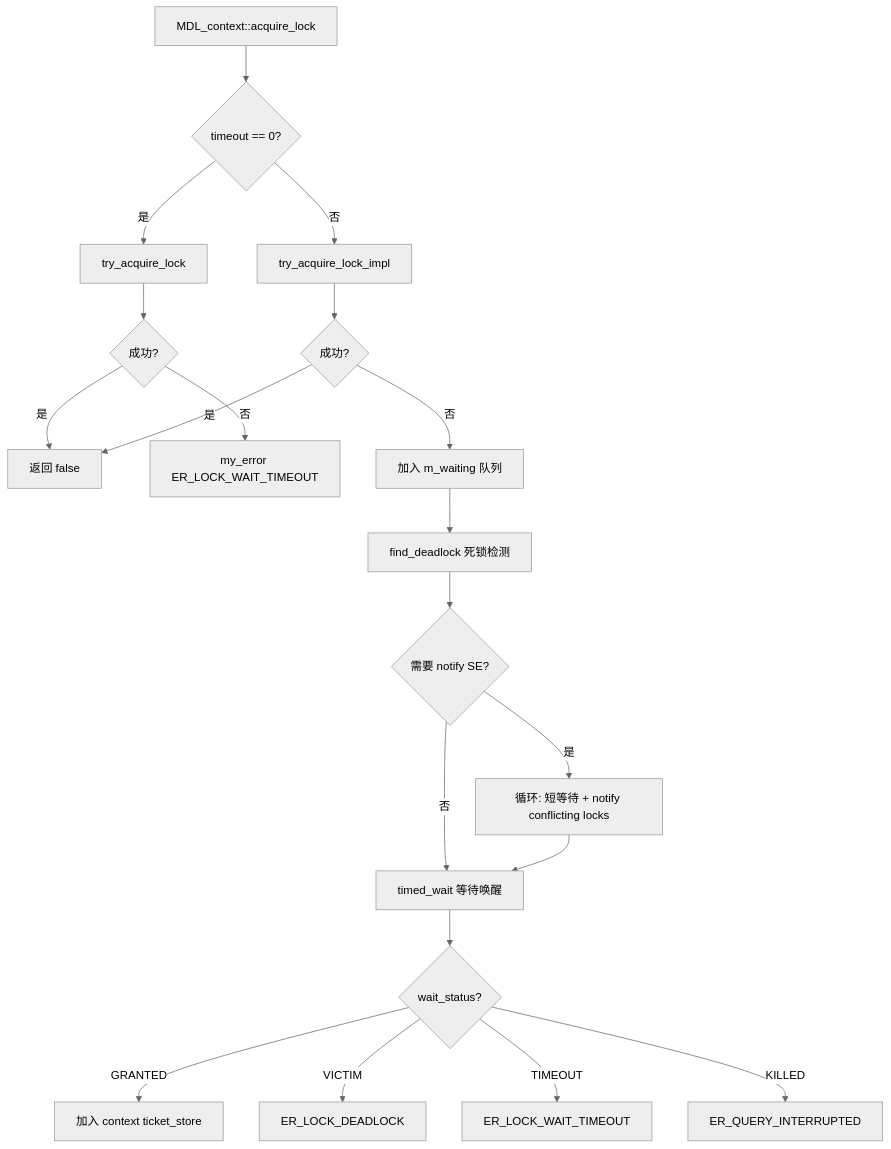
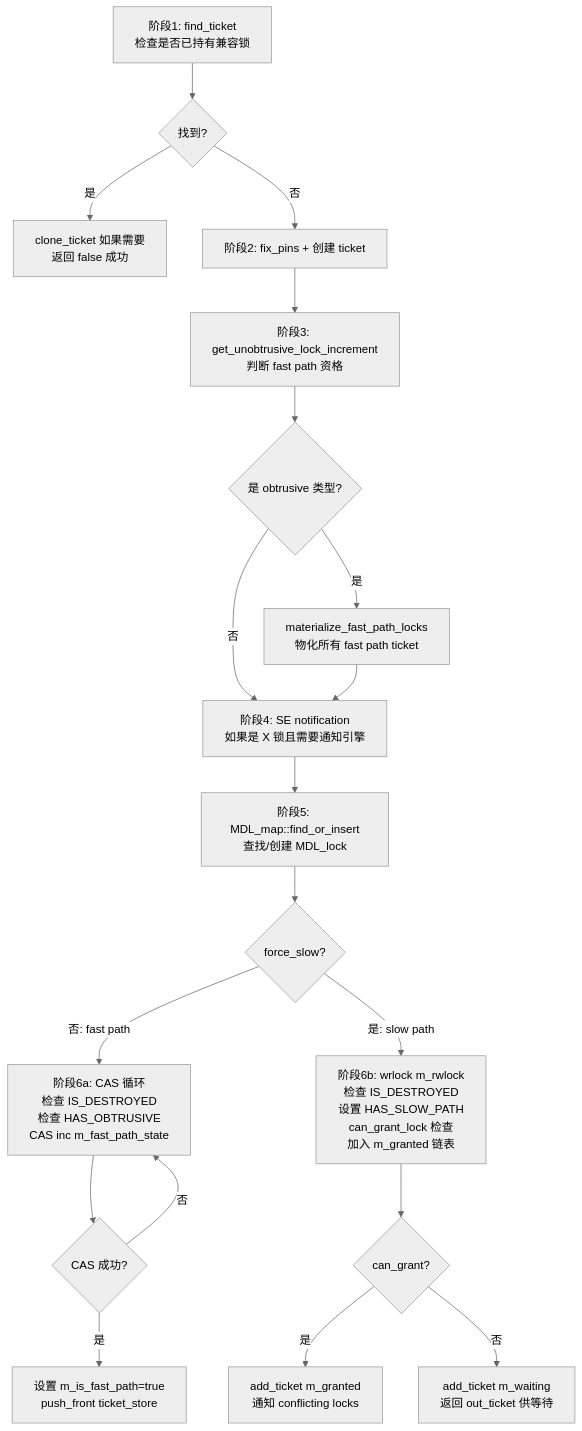
The second of 3 diagrams in content/2026-05-17-mysql-mdl-source-analysis.md (Aqiu16717/mysql-notes), drawn with Mermaid (neutral theme) before and after one commit. The commit also changed other lines of this file, not shown here.

First line of the commit message:
Deepen MDL source analysis (v2): CAS loop, deadlock DFS, bitmap logic

````diff
--- a/content/2026-05-17-mysql-mdl-source-analysis.md
+++ b/content/2026-05-17-mysql-mdl-source-analysis.md
@@ -172,24 +251,22 @@
 ```mermaid
 flowchart TD
-    A[MDL_context::acquire_lock] --> B{timeout == 0?}
-    B -->|是| C[try_acquire_lock]
-    C --> D{成功?}
-    D -->|是| E[返回 false]
-    D -->|否| F[my_error ER_LOCK_WAIT_TIMEOUT]
+    A[阶段1: find_ticket<br/>检查是否已持有兼容锁] --> B{找到?}
+    B -->|是| B1[clone_ticket 如果需要<br/>返回 false 成功]
+    B -->|否| C[阶段2: fix_pins + 创建 ticket]
+    C --> D[阶段3: get_unobtrusive_lock_increment<br/>判断 fast path 资格]
+    D --> E{是 obtrusive 类型?}
+    E -->|是| E1[materialize_fast_path_locks<br/>物化所有 fast path ticket]
+    E -->|否| F
+    E1 --> F[阶段4: SE notification<br/>如果是 X 锁且需要通知引擎]
+    F --> G[阶段5: MDL_map::find_or_insert<br/>查找/创建 MDL_lock]
+    G --> H{force_slow?}
+    H -->|否: fast path| I[阶段6a: CAS 循环<br/>检查 IS_DESTROYED<br/>检查 HAS_OBTRUSIVE<br/>CAS inc m_fast_path_state]
+    H -->|是: slow path| J[阶段6b: wrlock m_rwlock<br/>检查 IS_DESTROYED<br/>设置 HAS_SLOW_PATH<br/>can_grant_lock 检查<br/>加入 m_granted 链表]
     
-    B -->|否| G[try_acquire_lock_impl]
-    G --> H{成功?}
-    H -->|是| E
-    H -->|否| I[加入 m_waiting 队列]
-    I --> J[find_deadlock 死锁检测]
-    J --> K{需要 notify SE?}
-    K -->|是| L[循环: 短等待 + notify conflicting locks]
-    K -->|否| M[timed_wait 等待唤醒]
-    L --> M
-    
-    M --> N{wait_status?}
-    N -->|GRANTED| O[加入 context ticket_store]
-    N -->|VICTIM| P[ER_LOCK_DEADLOCK]
-    N -->|TIMEOUT| Q[ER_LOCK_WAIT_TIMEOUT]
-    N -->|KILLED| R[ER_QUERY_INTERRUPTED]
+    I --> K{CAS 成功?}
+    K -->|是| L[设置 m_is_fast_path=true<br/>push_front ticket_store]
+    K -->|否| I
+    J --> M{can_grant?}
+    M -->|是| N[add_ticket m_granted<br/>通知 conflicting locks]
+    M -->|否| O[add_ticket m_waiting<br/>返回 out_ticket 供等待]
 ```
````
